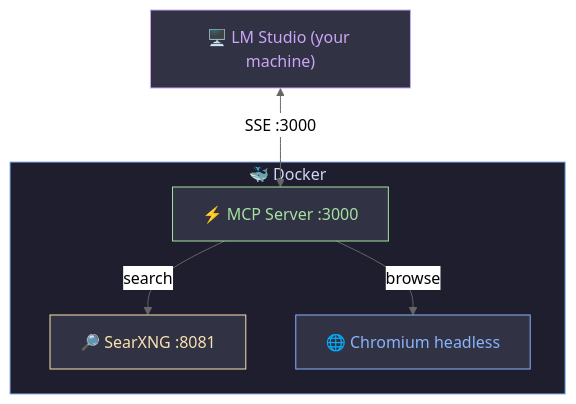
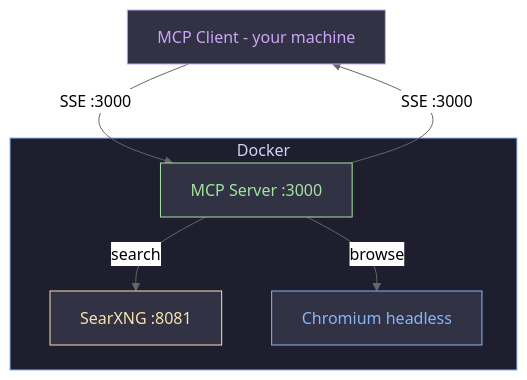
One commit to JscSatoshi/MCPserver changed the diagram in README.md. Above: the diagram before and after it, drawn with Mermaid (neutral theme). The commit also changed other lines of this file and 2 other files, not shown here.

First line of the commit message:
Rebrand to MCP Web Search Server; add --rebuild flag

````diff
--- a/README.md
+++ b/README.md
@@ -19,19 +19,20 @@
 ```mermaid
 flowchart TD
-    LMS["🖥️ LM Studio (your machine)"]
-    LMS <-->|"SSE :3000"| MCP
+    Client[MCP Client - your machine]
+    Client -->|SSE :3000| MCP
+    MCP -->|SSE :3000| Client
 
-    subgraph Docker["🐳 Docker"]
-        MCP["⚡ MCP Server :3000"]
-        SearX["🔎 SearXNG :8081"]
-        Chrome["🌐 Chromium headless"]
+    subgraph Docker[Docker]
+        MCP[MCP Server :3000]
+        SearX[SearXNG :8081]
+        Chrome[Chromium headless]
         MCP -->|search| SearX
         MCP -->|browse| Chrome
     end
 
     style Docker fill:#1e1e2e,stroke:#89b4fa,color:#cdd6f4
     style MCP fill:#313244,stroke:#a6e3a1,color:#a6e3a1
     style SearX fill:#313244,stroke:#f9e2af,color:#f9e2af
     style Chrome fill:#313244,stroke:#89b4fa,color:#89b4fa
-    style LMS fill:#313244,stroke:#cba6f7,color:#cba6f7
+    style Client fill:#313244,stroke:#cba6f7,color:#cba6f7
 ```
````
